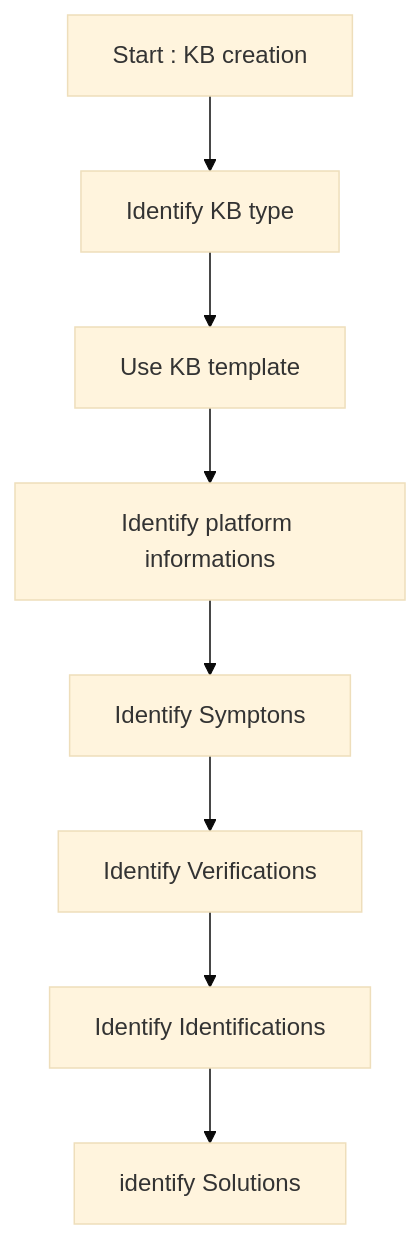
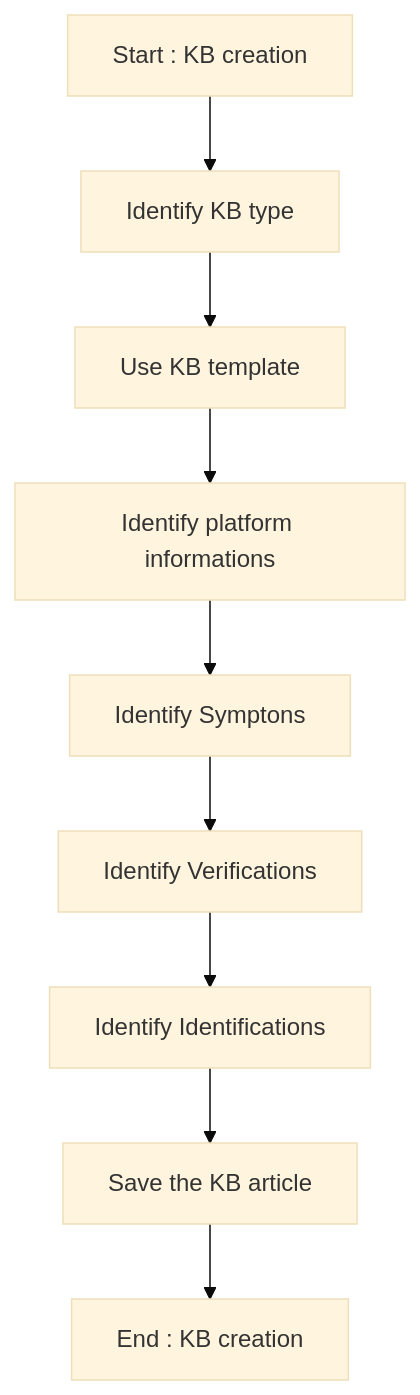
One commit to alexvea/KB changed the second of 3 diagrams in README.md. Above: the diagram before and after it, drawn with Mermaid (base theme).

````diff
--- a/README.md
+++ b/README.md
@@ -145,11 +145,11 @@
 ```mermaid
 flowchart TD
 A[Start : KB creation] --> B[Identify KB type];
 B[Identify KB type] --> C[Use KB template];
 C[Use KB template] --> D[Identify platform informations];
 D[Identify platform informations] --> E[Identify Symptons];
 E[Identify Symptons] --> F[Identify Verification];
 F[Identify Verifications] --> G[Identify Identifications];
 G[Identify Identifications] --> H[identify Solutions];
-
+H[Save the KB article] --> I[End : KB creation];
 ```
````
